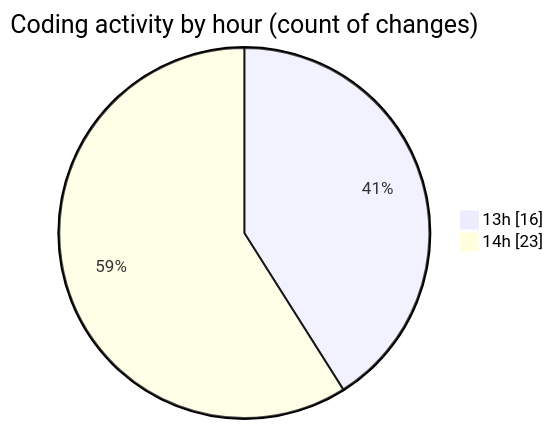
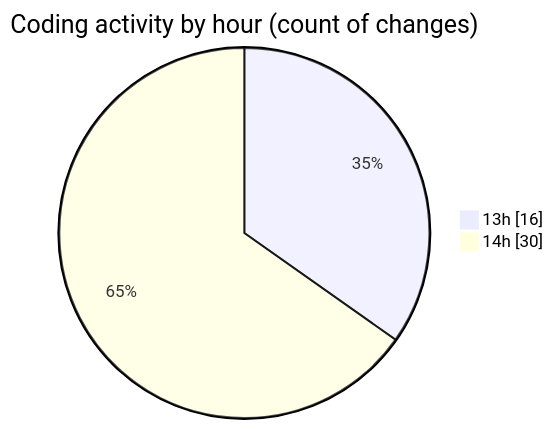
The second of 2 diagrams in 2025-02-23/codepack/README.md (charlie-sans/code-tracking), drawn with Mermaid before and after one commit. The commit also changed other lines of this file and 1 other file, not shown here.

````diff
--- a/2025-02-23/codepack/README.md
+++ b/2025-02-23/codepack/README.md
@@ -31,6 +35,6 @@
 ```mermaid
 pie showData
 title Coding activity by hour (count of changes)
 "13h" : 16
-"14h" : 23
+"14h" : 30
 ```
````
